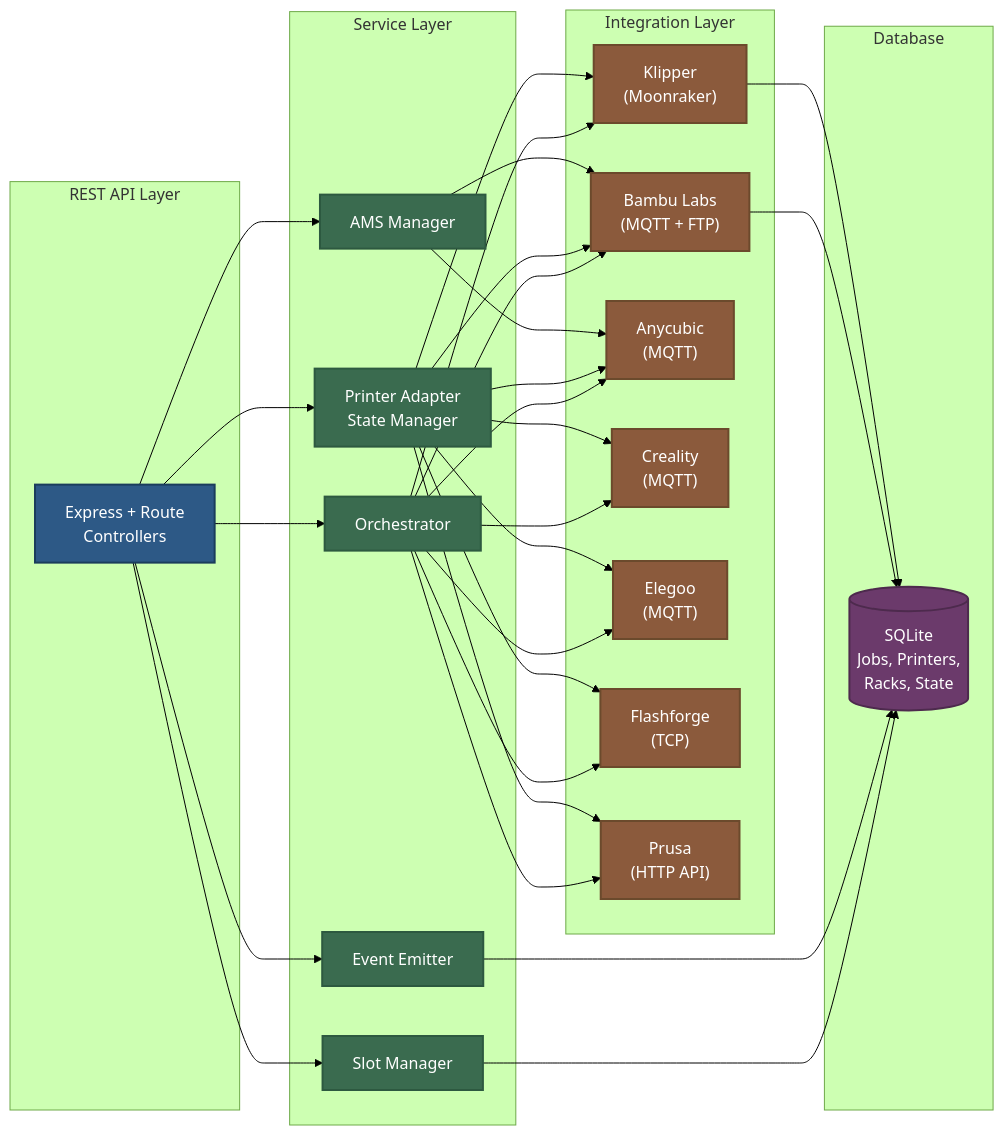
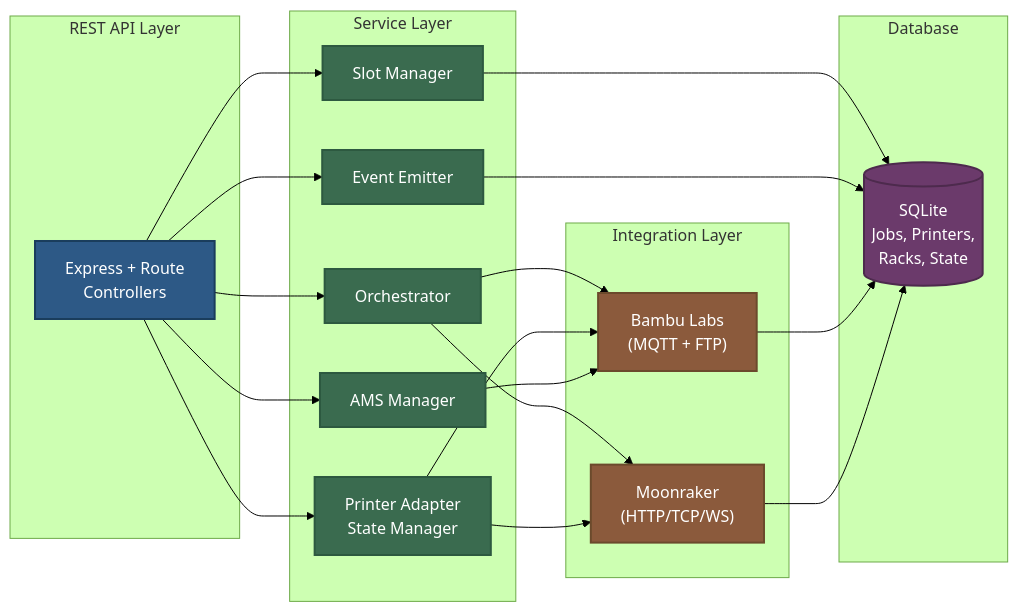
Before and after one commit to AnchorBlueTop/ottomat3d-ottoengine-backend: the diagram in README.md, drawn with Mermaid (forest theme).

Commit message:
docs: simplify system architecture diagram
- Reduce integration layer to Bambu Labs and Moonraker
- All other printers use Moonraker-compatible protocols (HTTP/TCP/WS)
- Cleaner, more readable diagram

````diff
--- a/README.md
+++ b/README.md
@@ -20,69 +20,53 @@
 ```mermaid
 flowchart LR
     %% Styling
     classDef apiLayer fill:#2d5986,stroke:#1a3d5c,stroke-width:2px,color:#fff
     classDef serviceLayer fill:#3a6b4f,stroke:#2d5940,stroke-width:2px,color:#fff
     classDef integrationLayer fill:#8b5a3c,stroke:#6b4a2c,stroke-width:2px,color:#fff
     classDef databaseLayer fill:#6b3a6b,stroke:#4d2a4d,stroke-width:2px,color:#fff
 
     subgraph API_LAYER["REST API Layer"]
         API["Express + Route<br/>Controllers"]
     end
 
     subgraph SERVICE_LAYER["Service Layer"]
         ORCH["Orchestrator"]
         ADAPT["Printer Adapter<br/>State Manager"]
         SLOT["Slot Manager"]
         EVENT["Event Emitter"]
         AMS["AMS Manager"]
     end
 
     subgraph INTEGRATION["Integration Layer"]
         BAMBU["Bambu Labs<br/>(MQTT + FTP)"]
-        KLIP["Klipper<br/>(Moonraker)"]
-        ANYCUBIC["Anycubic<br/>(MQTT)"]
-        CREALITY["Creality<br/>(MQTT)"]
-        ELEGOO["Elegoo<br/>(MQTT)"]
-        FLASH["Flashforge<br/>(TCP)"]
-        PRUSA["Prusa<br/>(HTTP API)"]
+        MOON["Moonraker<br/>(HTTP/TCP/WS)"]
     end
 
     subgraph DB_LAYER["Database"]
         DB[("SQLite<br/>Jobs, Printers,<br/>Racks, State")]
     end
 
     %% Connections - Explicit for straight lines
     API --> ORCH
     API --> ADAPT
     API --> SLOT
     API --> EVENT
     API --> AMS
 
     ORCH --> BAMBU
-    ORCH --> KLIP
-    ORCH --> ANYCUBIC
-    ORCH --> CREALITY
-    ORCH --> ELEGOO
-    ORCH --> FLASH
-    ORCH --> PRUSA
+    ORCH --> MOON
     ADAPT --> BAMBU
-    ADAPT --> KLIP
-    ADAPT --> ANYCUBIC
-    ADAPT --> CREALITY
-    ADAPT --> ELEGOO
-    ADAPT --> FLASH
-    ADAPT --> PRUSA
+    ADAPT --> MOON
     AMS --> BAMBU
-    AMS --> ANYCUBIC
 
     SLOT --> DB
     EVENT --> DB
     BAMBU --> DB
-    KLIP --> DB
+    MOON --> DB
 
     %% Styles
     class API apiLayer
     class ORCH,ADAPT,SLOT,EVENT,AMS serviceLayer
-    class BAMBU,KLIP,ANYCUBIC,CREALITY,ELEGOO,FLASH,PRUSA integrationLayer
+    class BAMBU,MOON integrationLayer
     class DB databaseLayer
 ```
````
